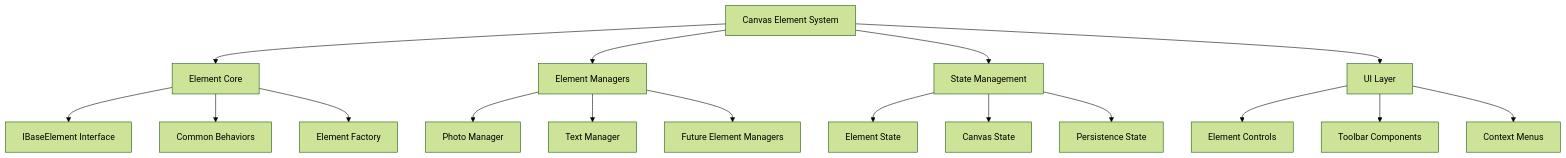
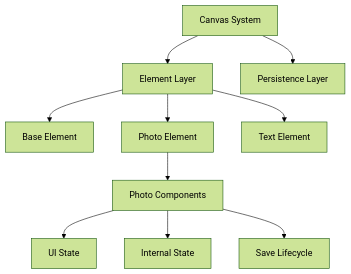
The diagram in docs/To-solution/elementRefactor.md (lakwli/memorieswalk), drawn with Mermaid (forest theme) before and after one commit. The commit also changed other lines of this file, not shown here.

````diff
--- a/docs/To-solution/elementRefactor.md
+++ b/docs/To-solution/elementRefactor.md
@@ -7,23 +7,14 @@
 ```mermaid
 graph TD
-    A[Canvas Element System] --> B[Element Core]
-    A --> C[Element Managers]
-    A --> D[State Management]
-    A --> E[UI Layer]
+    A[Canvas System] --> B[Element Layer]
+    A --> C[Persistence Layer]
 
-    B --> B1[IBaseElement Interface]
-    B --> B2[Common Behaviors]
-    B --> B3[Element Factory]
+    B --> B1[Base Element]
+    B --> B2[Photo Element]
+    B --> B3[Text Element]
 
-    C --> C1[Photo Manager]
-    C --> C2[Text Manager]
-    C --> C3[Future Element Managers]
-
-    D --> D1[Element State]
-    D --> D2[Canvas State]
-    D --> D3[Persistence State]
-
-    E --> E1[Element Controls]
-    E --> E2[Toolbar Components]
-    E --> E3[Context Menus]
+    B2 --> D[Photo Components]
+    D --> D1[UI State]
+    D --> D2[Internal State]
+    D --> D3[Save Lifecycle]
 ```
````
